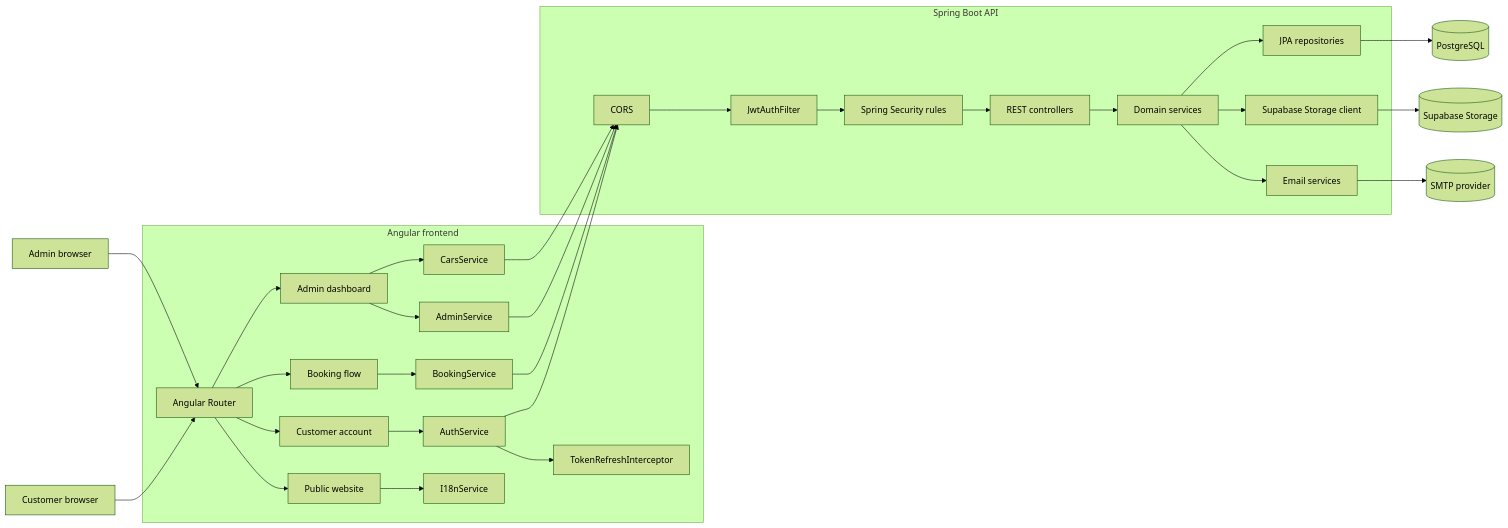
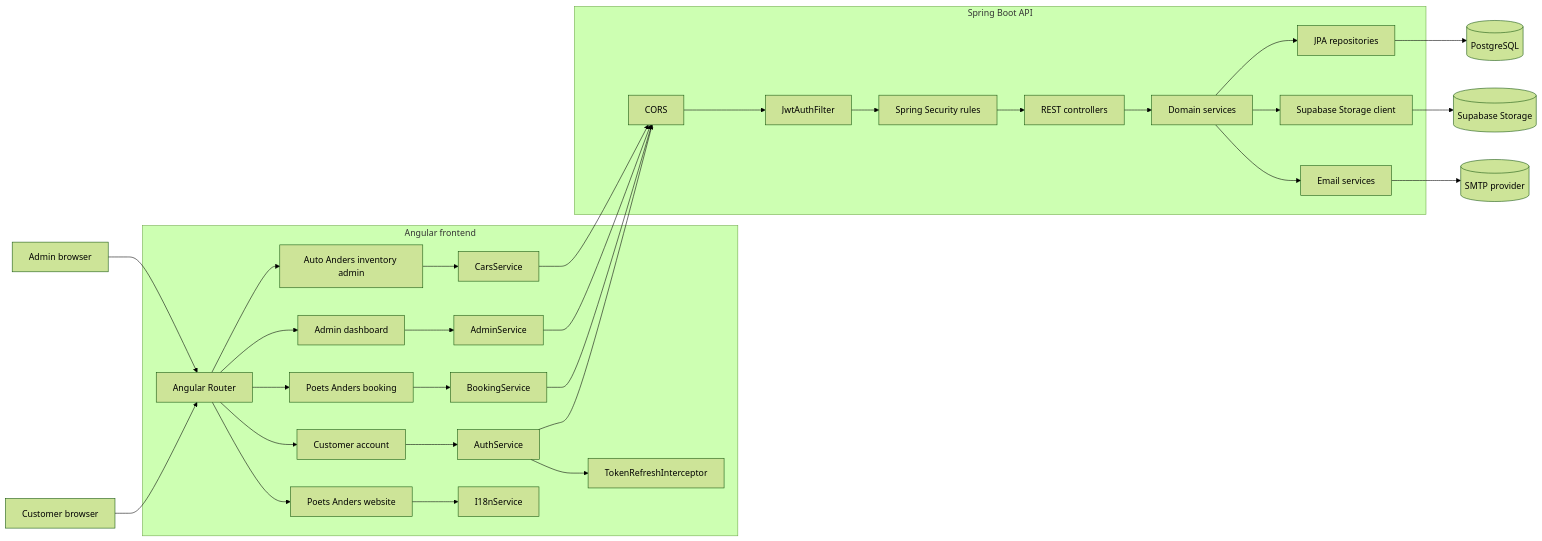
One commit to yassineao/poetsanders changed the first of 9 diagrams in README.md. Above: the diagram before and after it, drawn with Mermaid (forest theme). The commit also changed other lines of this file, not shown here.

````diff
--- a/README.md
+++ b/README.md
@@ -116,61 +143,63 @@
 ```mermaid
 flowchart LR
     Customer[Customer browser]
     Admin[Admin browser]
 
     subgraph Frontend["Angular frontend"]
         Router[Angular Router]
-        Public[Public website]
-        Booking[Booking flow]
+        PoetsPublic[Poets Anders website]
+        Booking[Poets Anders booking]
         Account[Customer account]
+        AutoInventory[Auto Anders inventory admin]
         AdminUI[Admin dashboard]
         AuthClient[AuthService]
         Refresh[TokenRefreshInterceptor]
         BookingClient[BookingService]
         AdminClient[AdminService]
         CarsClient[CarsService]
         I18n[I18nService]
     end
 
     subgraph Backend["Spring Boot API"]
         CORS[CORS]
         JWT[JwtAuthFilter]
         Rules[Spring Security rules]
         Controllers[REST controllers]
         Services[Domain services]
         Repositories[JPA repositories]
         StorageClient[Supabase Storage client]
         Mail[Email services]
     end
 
     DB[(PostgreSQL)]
     Supabase[(Supabase Storage)]
     SMTP[(SMTP provider)]
 
     Customer --> Router
     Admin --> Router
-    Router --> Public
+    Router --> PoetsPublic
     Router --> Booking
     Router --> Account
+    Router --> AutoInventory
     Router --> AdminUI
-    Public --> I18n
+    PoetsPublic --> I18n
     Account --> AuthClient
     AuthClient --> Refresh
     Booking --> BookingClient
     AdminUI --> AdminClient
-    AdminUI --> CarsClient
+    AutoInventory --> CarsClient
     AuthClient --> CORS
     BookingClient --> CORS
     AdminClient --> CORS
     CarsClient --> CORS
     CORS --> JWT
     JWT --> Rules
     Rules --> Controllers
     Controllers --> Services
     Services --> Repositories
     Repositories --> DB
     Services --> StorageClient
     StorageClient --> Supabase
     Services --> Mail
     Mail --> SMTP
 ```
````
